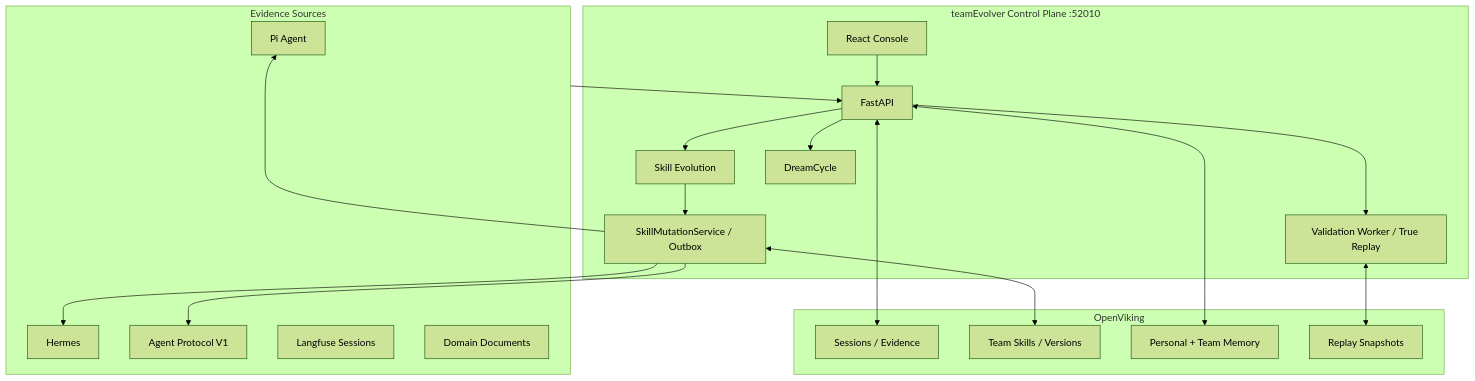
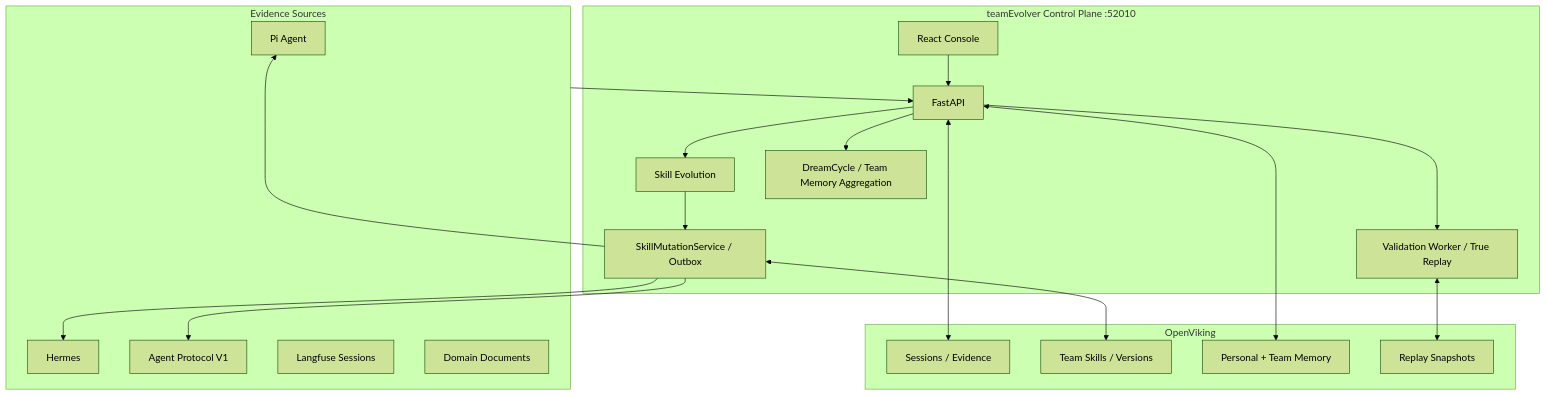
One commit to leoriczhang/teamEvolver changed the second of 2 diagrams in README.en.md. Above: the diagram before and after it, drawn with Mermaid (forest theme). The commit also changed other lines of this file and 57 other files, not shown here.

First line of the commit message:
Refine team memory aggregation target configuration

````diff
--- a/README.en.md
+++ b/README.en.md
@@ -87,40 +87,40 @@
 ```mermaid
 flowchart TB
     subgraph Sources["Evidence Sources"]
         Pi["Pi Agent"]
         Hermes["Hermes"]
         Generic["Agent Protocol V1"]
         LFIn["Langfuse Sessions"]
         Docs["Domain Documents"]
     end
 
     subgraph Control["teamEvolver Control Plane :52010"]
         Console["React Console"]
         API["FastAPI"]
         Evolution["Skill Evolution"]
         Replay["Validation Worker / True Replay"]
-        Memory["DreamCycle"]
+        Memory["DreamCycle / Team Memory Aggregation"]
         Mutation["SkillMutationService / Outbox"]
     end
 
     subgraph Context["OpenViking"]
         Sessions["Sessions / Evidence"]
         Skills["Team Skills / Versions"]
         Memories["Personal + Team Memory"]
         Snapshots["Replay Snapshots"]
     end
 
     Sources --> API
     Console --> API
     API --> Evolution
     API --> Replay
     API --> Memory
     Evolution --> Mutation
     Mutation <--> Skills
     API <--> Sessions
     API <--> Memories
     Replay <--> Snapshots
     Mutation --> Pi
     Mutation --> Hermes
     Mutation --> Generic
 ```
````
